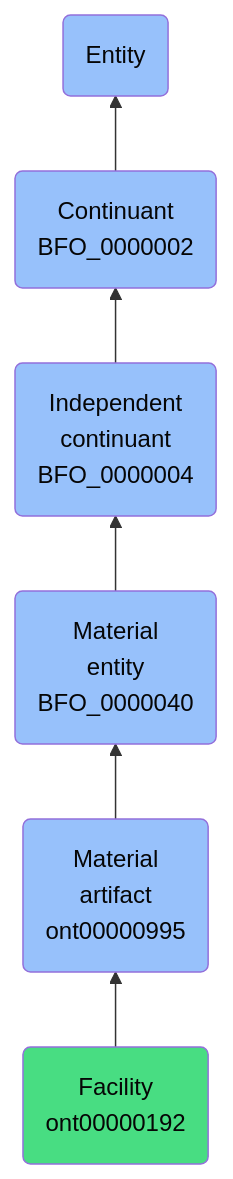
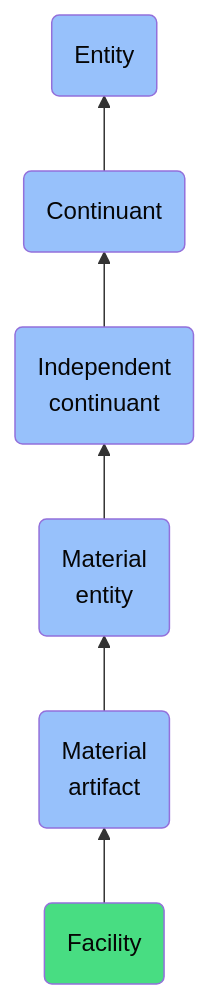
The diagram in docs/ontology/reference/model/Entity/Continuant/Independent continuant/Material entity/Material artifact/Facility/Facility.md (jupyter-naas/abi), drawn with Mermaid before and after one commit. The commit also changed other lines of this file and 1430 other files, not shown here.

````diff
--- a/docs/ontology/reference/model/Entity/Continuant/Independent continuant/Material entity/Material artifact/Facility/Facility.md
+++ b/docs/ontology/reference/model/Entity/Continuant/Independent continuant/Material entity/Material artifact/Facility/Facility.md
@@ -24,13 +24,13 @@
 ```mermaid
 graph BT
-    ont00000192(Facility<br>ont00000192):::ABI-->ont00000995
-    ont00000995(Material<br>artifact<br>ont00000995):::BFO-->BFO_0000040
-    BFO_0000040(Material<br>entity<br>BFO_0000040):::BFO-->BFO_0000004
-    BFO_0000004(Independent<br>continuant<br>BFO_0000004):::BFO-->BFO_0000002
-    BFO_0000002(Continuant<br>BFO_0000002):::BFO-->BFO_0000001
+    ont00000192(Facility):::ABI-->ont00000995
+    ont00000995(Material<br>artifact):::BFO-->BFO_0000040
+    BFO_0000040(Material<br>entity):::BFO-->BFO_0000004
+    BFO_0000004(Independent<br>continuant):::BFO-->BFO_0000002
+    BFO_0000002(Continuant):::BFO-->BFO_0000001
     BFO_0000001(Entity):::BFO
     
     classDef BFO fill:#97c1fb,color:#060606
     classDef CCO fill:#e4c51e,color:#060606
     classDef ABI fill:#48DD82,color:#060606
 ```
````
